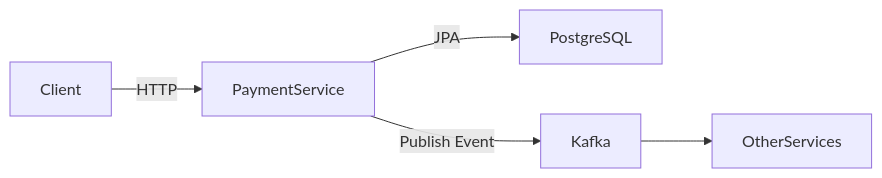
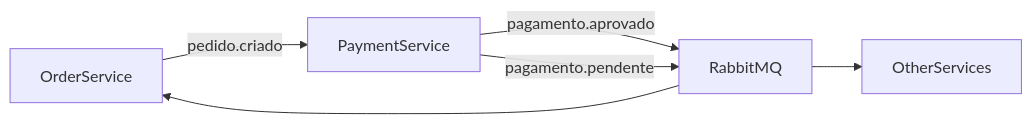
The second of 3 diagrams in README.md (alex-dev-br/restaurant-payment-service), drawn with Mermaid before and after one commit. The commit also changed other lines of this file, not shown here.

````diff
--- a/README.md
+++ b/README.md
@@ -24,7 +47,10 @@
 ```mermaid
 flowchart LR
-    Client -->|HTTP| PaymentService
-    PaymentService -->|JPA| PostgreSQL
-    PaymentService -->|Publish Event| Kafka
-    Kafka --> OtherServices
+
+OrderService -->|pedido.criado| PaymentService
+PaymentService -->|pagamento.aprovado| RabbitMQ
+PaymentService -->|pagamento.pendente| RabbitMQ
+
+RabbitMQ --> OrderService
+RabbitMQ --> OtherServices
 ```
````
